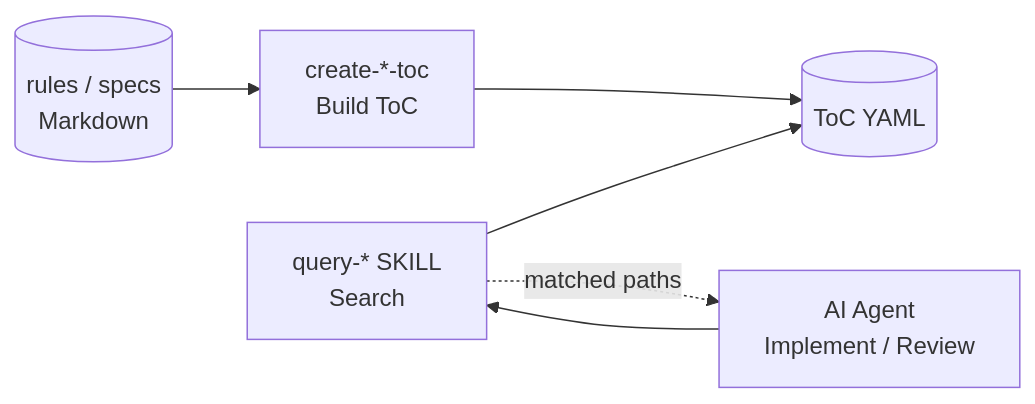
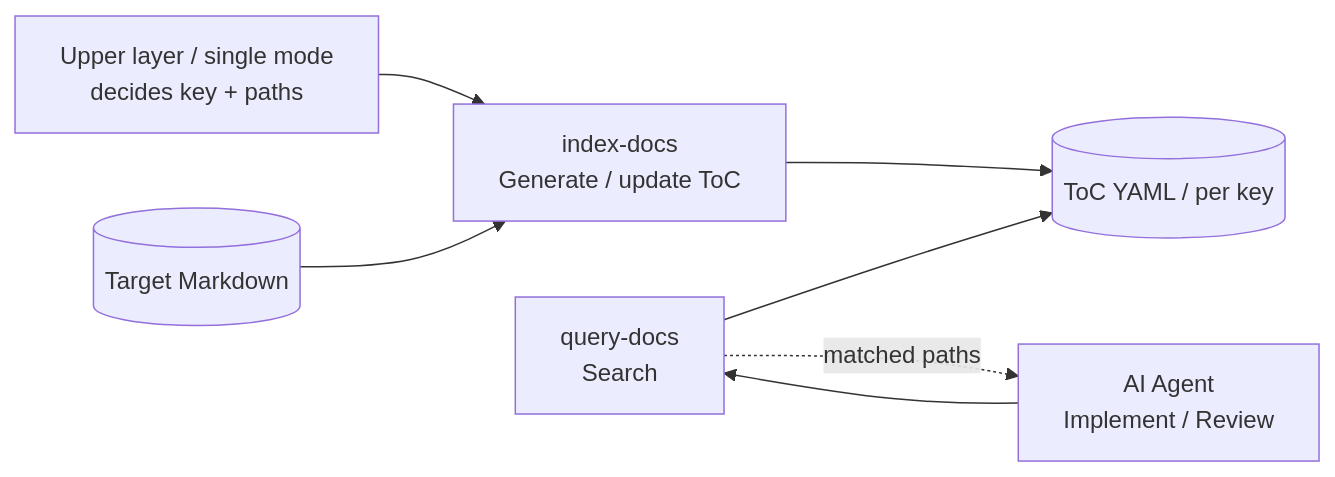
Before and after one commit to BlueEventHorizon/DocAdvisor-CC: the diagram in README_en.md, drawn with Mermaid. The commit also changed other lines of this file and 17 other files, not shown here.

````diff
--- a/README_en.md
+++ b/README_en.md
@@ -28,12 +27,14 @@
 ```mermaid
 flowchart LR
-    DOC[(rules / specs<br/>Markdown)]
-    CT[create-*-toc<br/>Build ToC]
-    QR[query-* SKILL<br/>Search]
+    UP[Upper layer / single mode<br/>decides key + paths]
+    DOC[(Target Markdown)]
+    IX[index-docs<br/>Generate / update ToC]
+    QR[query-docs<br/>Search]
     AI[AI Agent<br/>Implement / Review]
 
-    DOC --> CT --> TOC[(ToC YAML)]
+    UP --> IX
+    DOC --> IX --> TOC[(ToC YAML / per key)]
     QR --> TOC
     AI --> QR
     QR -. matched paths .-> AI
 ```
````
